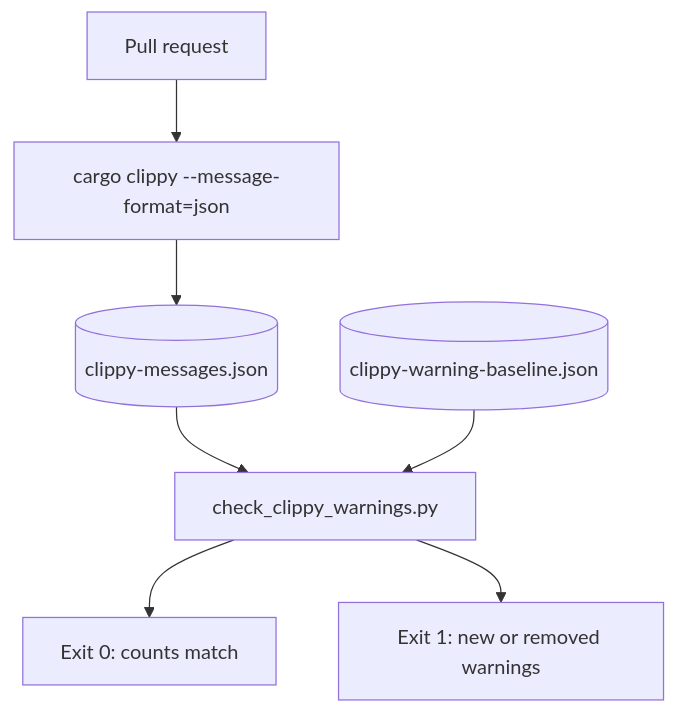
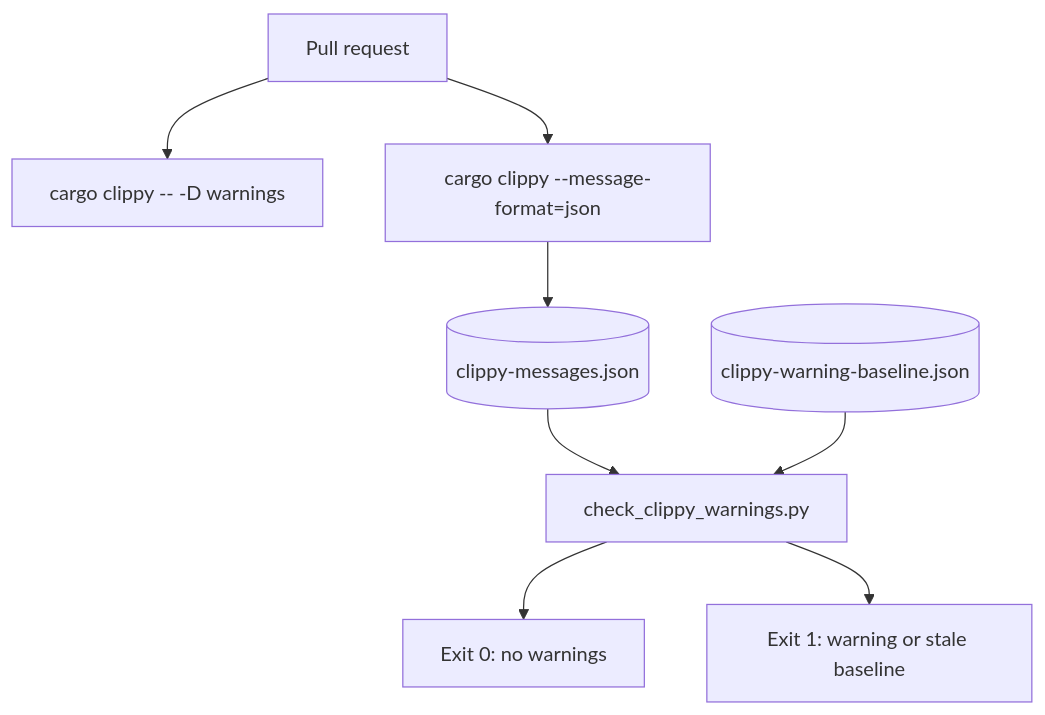
Before and after one commit to SteelCrab/firecrab: the diagram in public-docs/ci.md, drawn with Mermaid. The commit also changed other lines of this file and 4 other files, not shown here.

Commit message:
ci: deny clippy warnings

````diff
--- a/public-docs/ci.md
+++ b/public-docs/ci.md
@@ -10,14 +9,16 @@
 ```mermaid
 flowchart TB
     PR["Pull request"]
+    Deny["cargo clippy -- -D warnings"]
     Clippy["cargo clippy --message-format=json"]
     Messages[("clippy-messages.json")]
     Gate["check_clippy_warnings.py"]
     Baseline[("clippy-warning-baseline.json")]
-    Pass["Exit 0: counts match"]
-    Fail["Exit 1: new or removed warnings"]
+    Pass["Exit 0: no warnings"]
+    Fail["Exit 1: warning or stale baseline"]
+    PR --> Deny
     PR --> Clippy --> Messages --> Gate
     Baseline --> Gate
     Gate --> Pass
     Gate --> Fail
 ```
````
